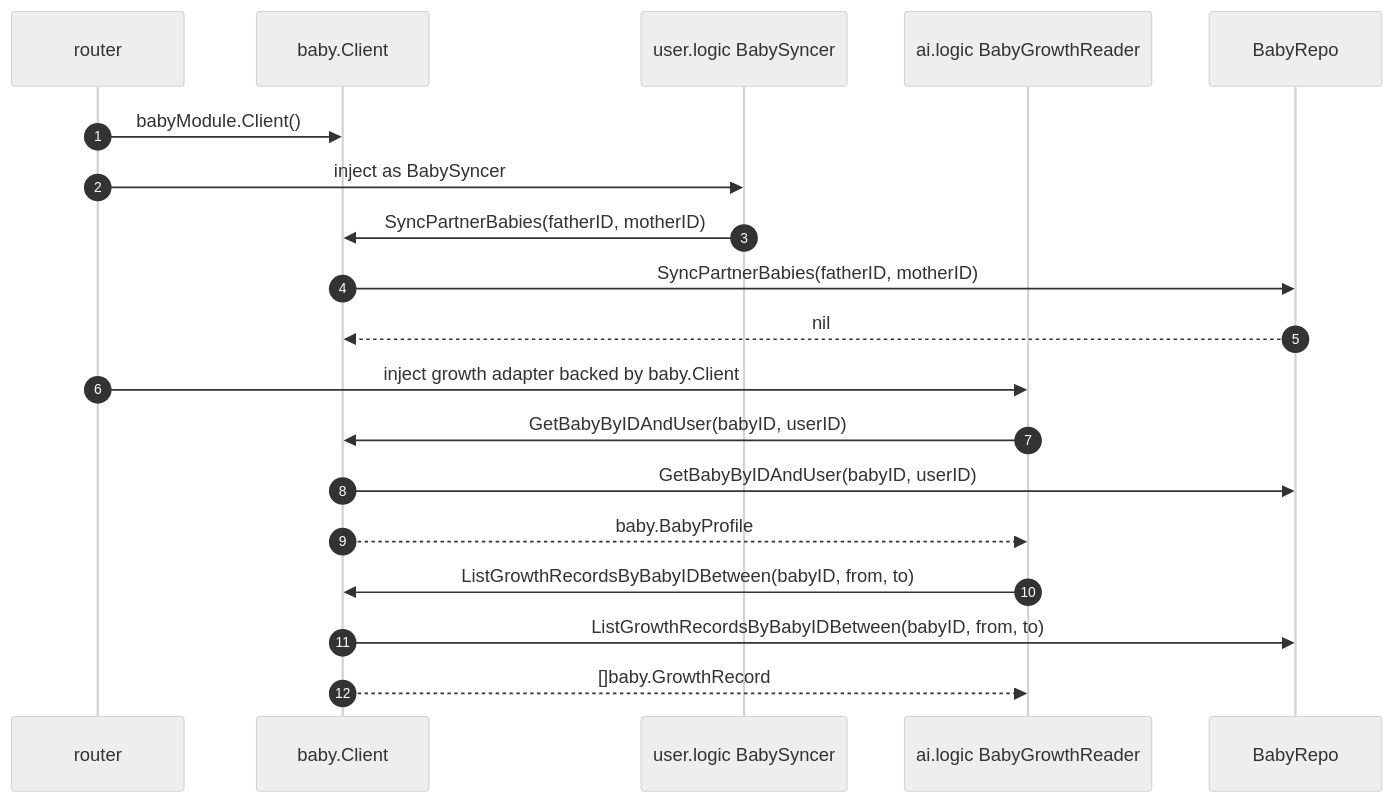
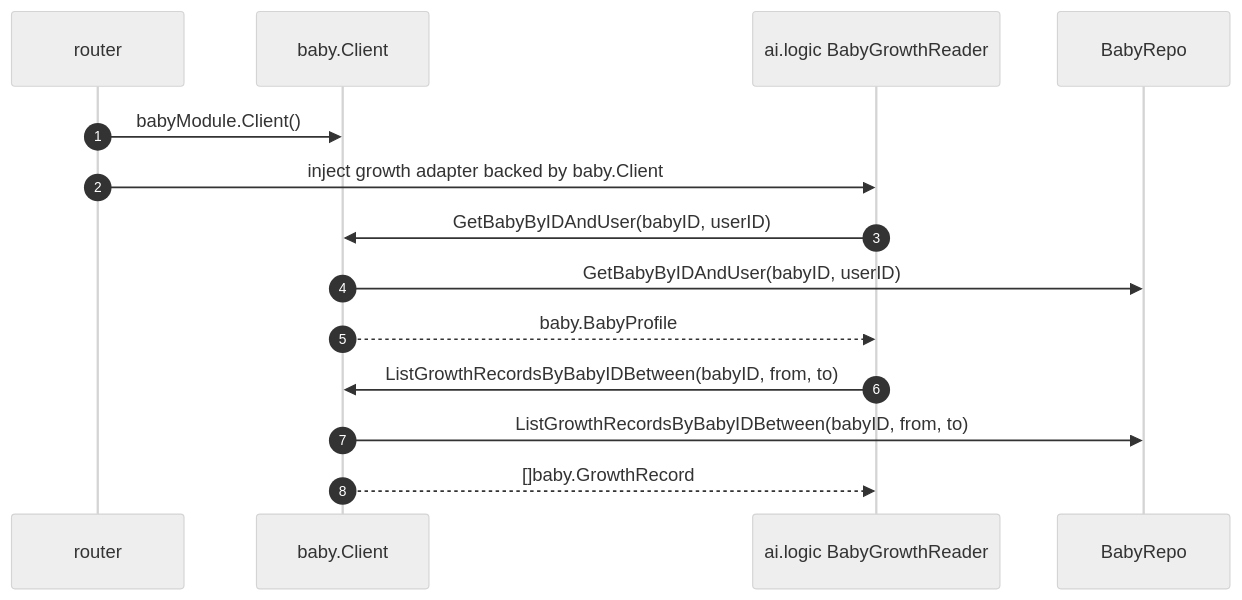
One commit to Goblin-Master/nurture changed the second of 7 diagrams in internal/baby/doc/README.md. Above: the diagram before and after it, drawn with Mermaid (neutral theme). The commit also changed other lines of this file and 15 other files, not shown here.

Commit message:
refactor: consume partner events in baby module

````diff
--- a/internal/baby/doc/README.md
+++ b/internal/baby/doc/README.md
@@ -31,23 +37,17 @@
 ```mermaid
 sequenceDiagram
   autonumber
   participant Router as router
   participant BabyClient as baby.Client
-  participant User as user.logic BabySyncer
   participant AI as ai.logic BabyGrowthReader
   participant Repo as BabyRepo
 
   Router->>BabyClient: babyModule.Client()
-  Router->>User: inject as BabySyncer
-  User->>BabyClient: SyncPartnerBabies(fatherID, motherID)
-  BabyClient->>Repo: SyncPartnerBabies(fatherID, motherID)
-  Repo-->>BabyClient: nil
-
   Router->>AI: inject growth adapter backed by baby.Client
   AI->>BabyClient: GetBabyByIDAndUser(babyID, userID)
   BabyClient->>Repo: GetBabyByIDAndUser(babyID, userID)
   BabyClient-->>AI: baby.BabyProfile
   AI->>BabyClient: ListGrowthRecordsByBabyIDBetween(babyID, from, to)
   BabyClient->>Repo: ListGrowthRecordsByBabyIDBetween(babyID, from, to)
   BabyClient-->>AI: []baby.GrowthRecord
 ```
````
